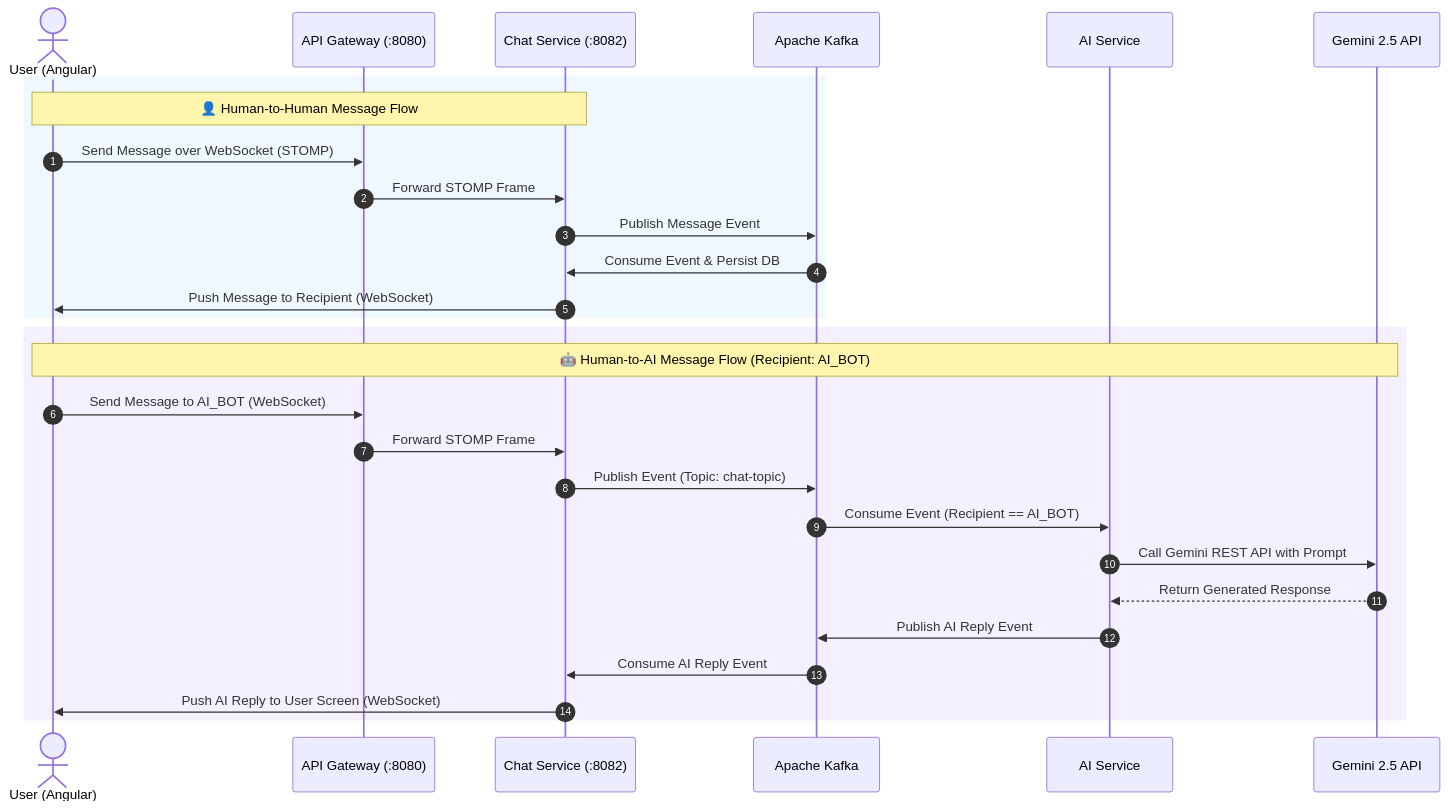
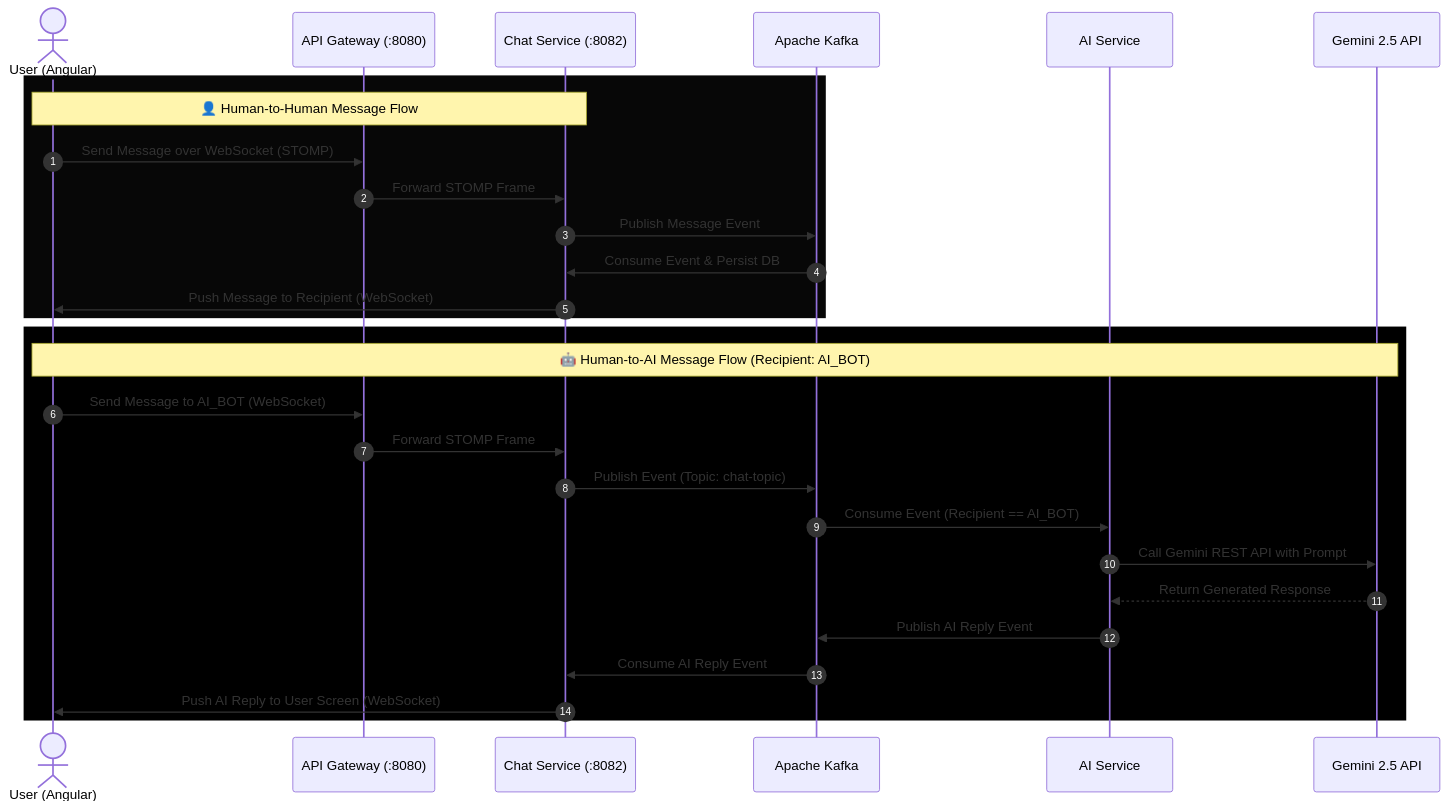
Before and after one commit to Shivam25032000/chat-app: the second of 2 diagrams in README.md, drawn with Mermaid.

Commit message:
colour change

````diff
--- a/README.md
+++ b/README.md
@@ -78,32 +78,32 @@
 ```mermaid
 sequenceDiagram
     autonumber
     actor User as User (Angular)
     participant Gateway as API Gateway (:8080)
     participant Chat as Chat Service (:8082)
     participant Kafka as Apache Kafka
     participant AI as AI Service
     participant Gemini as Gemini 2.5 API
 
-    rect rgb(240, 248, 255)
+    rect rgba(7, 7, 7, 1)
         Note over User, Chat: 👤 Human-to-Human Message Flow
         User->>Gateway: Send Message over WebSocket (STOMP)
         Gateway->>Chat: Forward STOMP Frame
         Chat->>Kafka: Publish Message Event
         Kafka->>Chat: Consume Event & Persist DB
         Chat->>User: Push Message to Recipient (WebSocket)
     end
 
-    rect rgb(245, 240, 255)
+    rect rgba(0, 0, 0, 1)
         Note over User, Gemini: 🤖 Human-to-AI Message Flow (Recipient: AI_BOT)
         User->>Gateway: Send Message to AI_BOT (WebSocket)
         Gateway->>Chat: Forward STOMP Frame
         Chat->>Kafka: Publish Event (Topic: chat-topic)
         Kafka->>AI: Consume Event (Recipient == AI_BOT)
         AI->>Gemini: Call Gemini REST API with Prompt
         Gemini-->>AI: Return Generated Response
         AI->>Kafka: Publish AI Reply Event
         Kafka->>Chat: Consume AI Reply Event
         Chat->>User: Push AI Reply to User Screen (WebSocket)
     end
 ```
````
